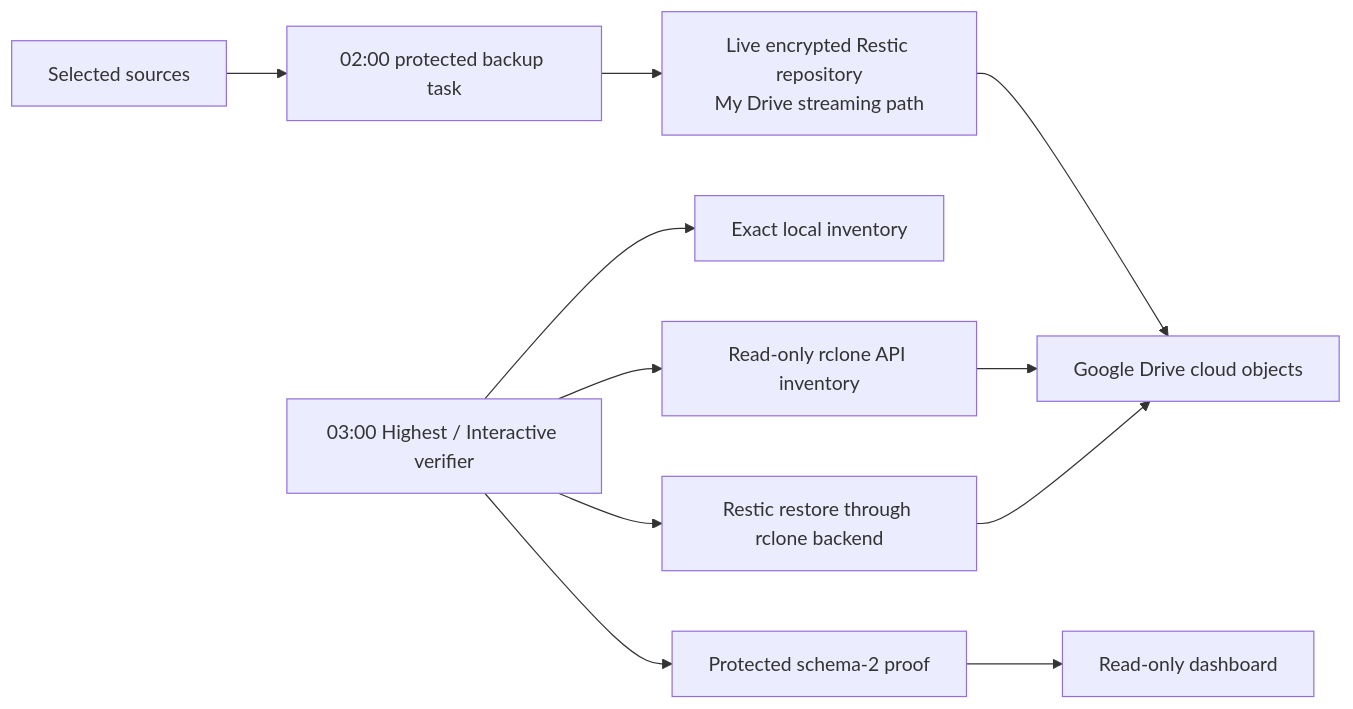
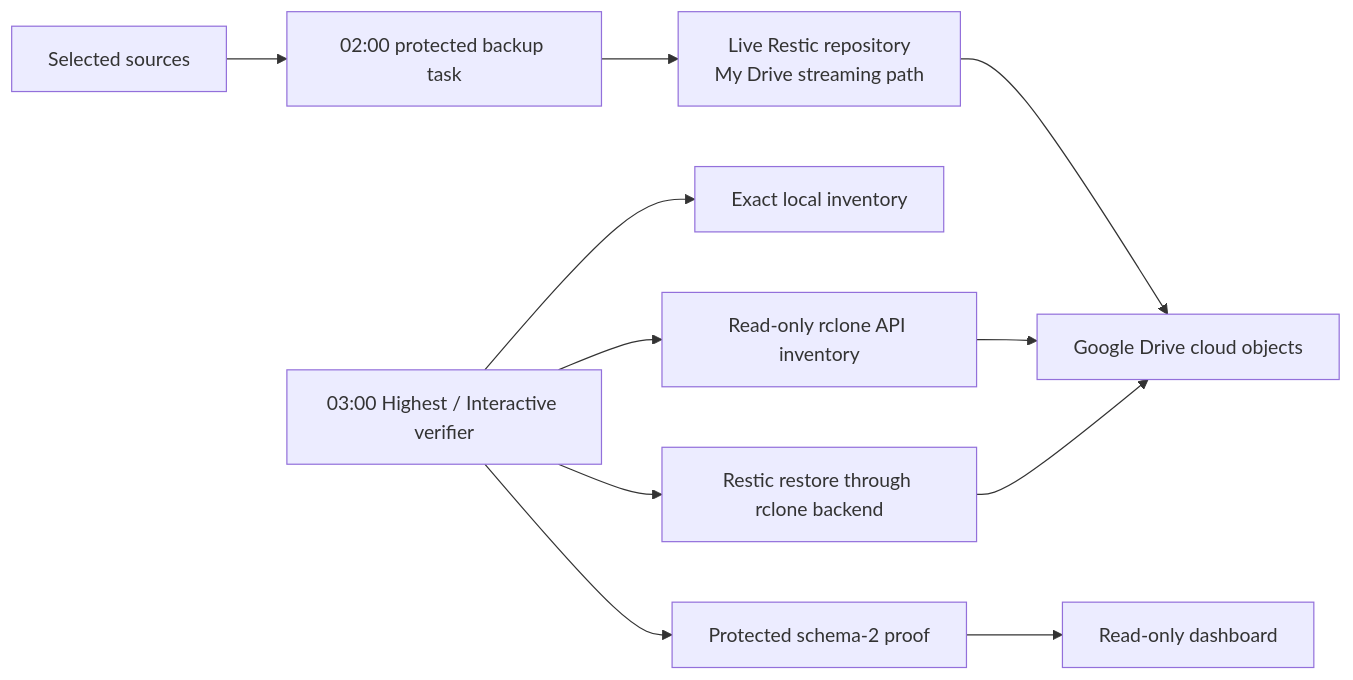
The diagram in docs/google-drive-direct-verification.md (50sotero/rewindle), drawn with Mermaid before and after one commit. The commit also changed other lines of this file and 103 other files, not shown here.

````diff
--- a/docs/google-drive-direct-verification.md
+++ b/docs/google-drive-direct-verification.md
@@ -18,13 +21,13 @@
 ```mermaid
 flowchart LR
     S["Selected sources"] --> B["02:00 protected backup task"]
-    B --> R["Live encrypted Restic repository<br/>My Drive streaming path"]
+    B --> R["Live Restic repository<br/>My Drive streaming path"]
     R --> D["Google Drive cloud objects"]
     V["03:00 Highest / Interactive verifier"] --> L["Exact local inventory"]
     V --> A["Read-only rclone API inventory"]
     A --> D
     V --> C["Restic restore through rclone backend"]
     C --> D
     V --> P["Protected schema-2 proof"]
     P --> U["Read-only dashboard"]
 ```
````
